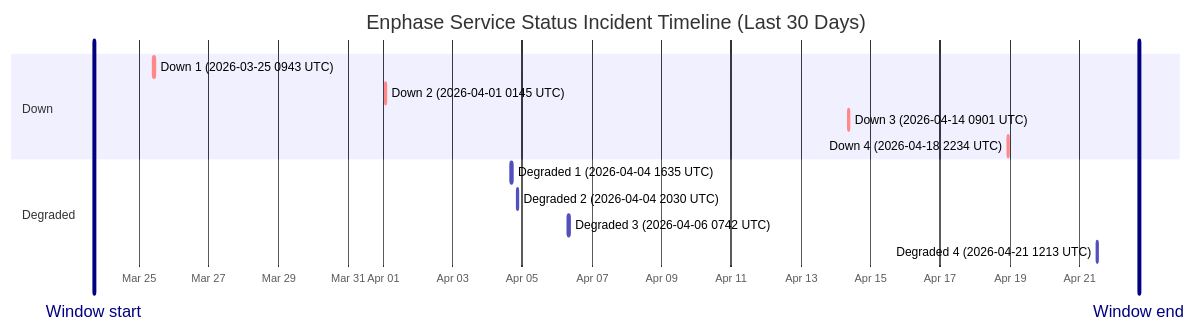
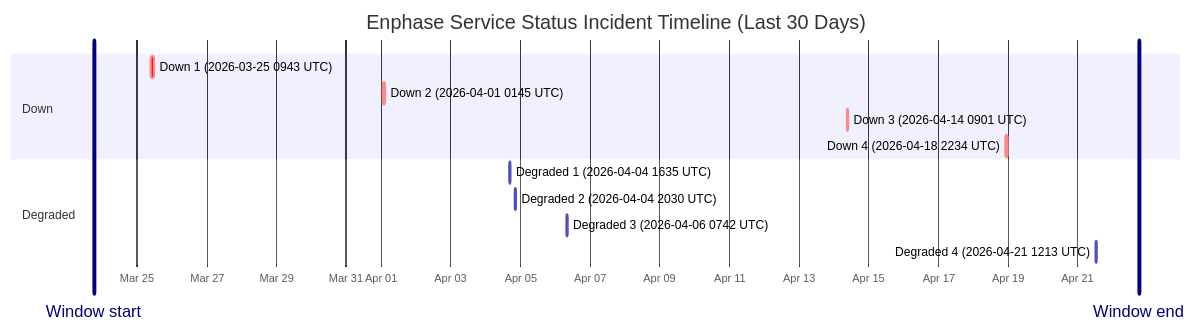
The diagram in wiki/Service-Status-History.md (barneyonline/ha-enphase-ev-charger), drawn with Mermaid before and after one commit. The commit also changed other lines of this file and 3 other files, not shown here.

````diff
--- a/wiki/Service-Status-History.md
+++ b/wiki/Service-Status-History.md
@@ -14,18 +14,18 @@
 ```mermaid
 gantt
     title Enphase Service Status Incident Timeline (Last 30 Days)
     dateFormat  YYYY-MM-DDTHH:mm:ss
     axisFormat  %b %d
-    Window start :vert, window-start, 2026-03-23T16:59:18, 0ms
-    Window end :vert, window-end, 2026-04-22T16:59:18, 0ms
+    Window start :vert, window-start, 2026-03-23T18:07:30, 0ms
+    Window end :vert, window-end, 2026-04-22T18:07:30, 0ms
     section Down
     Down 1 (2026-03-25 0943 UTC) :crit, down-1, 2026-03-25T09:43:28, 111m
     Down 2 (2026-04-01 0145 UTC) :crit, down-2, 2026-04-01T01:45:09, 60m
     Down 3 (2026-04-14 0901 UTC) :crit, down-3, 2026-04-14T09:01:13, 60m
     Down 4 (2026-04-18 2234 UTC) :crit, down-4, 2026-04-18T22:34:13, 60m
     section Degraded
     Degraded 1 (2026-04-04 1635 UTC) :active, degraded-1, 2026-04-04T16:35:17, 60m
     Degraded 2 (2026-04-04 2030 UTC) :active, degraded-2, 2026-04-04T20:30:40, 60m
     Degraded 3 (2026-04-06 0742 UTC) :active, degraded-3, 2026-04-06T07:42:09, 85m
     Degraded 4 (2026-04-21 1213 UTC) :active, degraded-4, 2026-04-21T12:13:11, 60m
 ```
````
